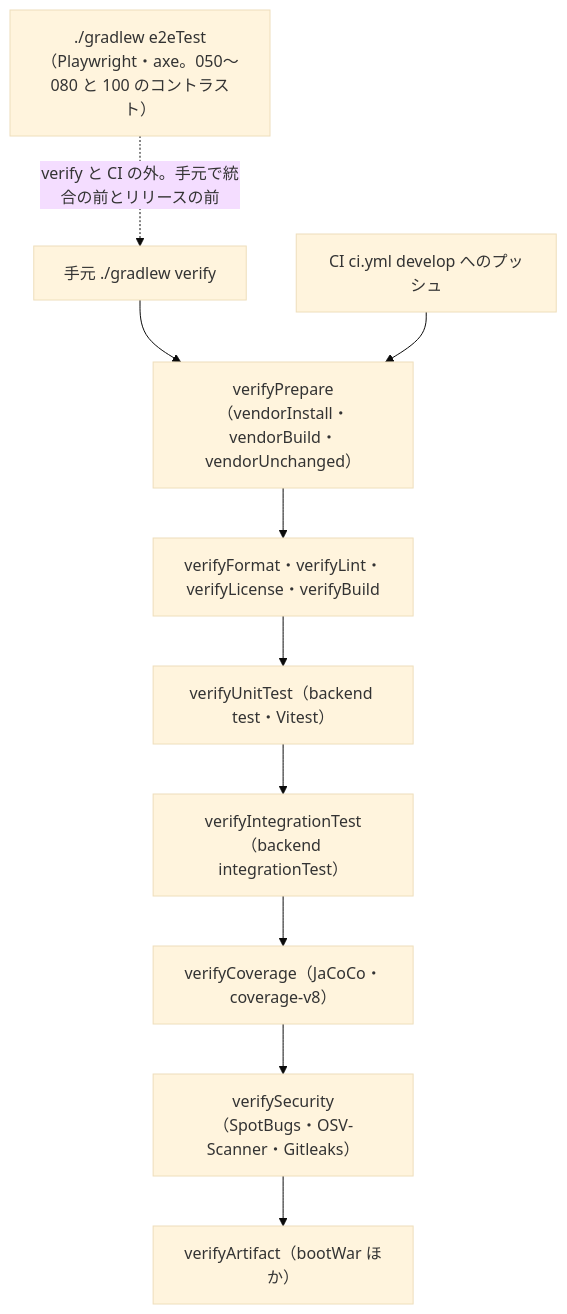
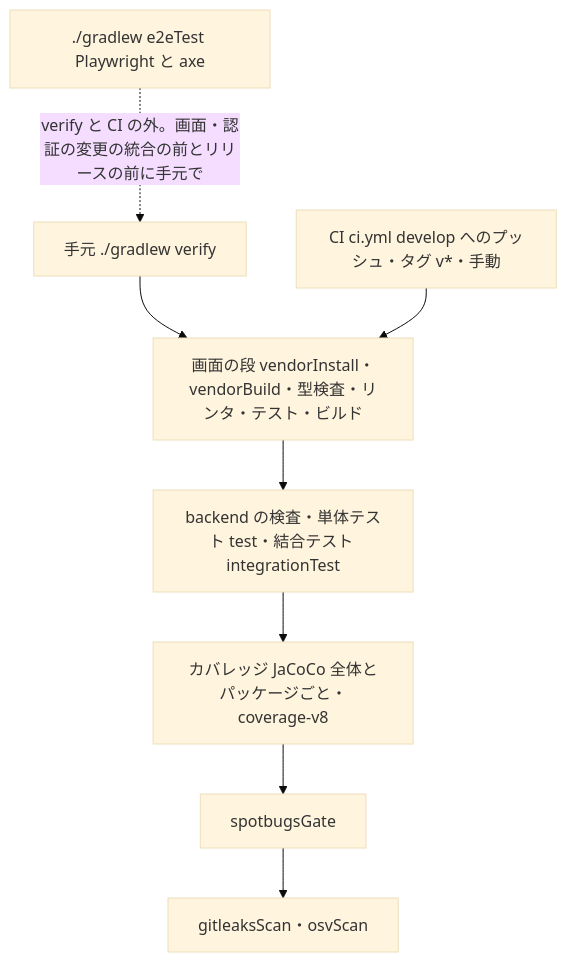
Before and after one commit to agwlvssainokuni/mastersmith2: the fifth of 5 diagrams in aidlc/spaces/default/codekb/mastersmith2/architecture.md, drawn with Mermaid (base theme). The commit also changed other lines of this file and 14 other files, not shown here.

````diff
--- a/aidlc/spaces/default/codekb/mastersmith2/architecture.md
+++ b/aidlc/spaces/default/codekb/mastersmith2/architecture.md
@@ -206,12 +235,10 @@
 ```mermaid
 flowchart TD
-  DEV["手元 ./gradlew verify"] --> PREP["verifyPrepare（vendorInstall・vendorBuild・vendorUnchanged）"]
-  CI["CI ci.yml develop へのプッシュ"] --> PREP
-  PREP --> FMT["verifyFormat・verifyLint・verifyLicense・verifyBuild"]
-  FMT --> UT["verifyUnitTest（backend test・Vitest）"]
-  UT --> IT["verifyIntegrationTest（backend integrationTest）"]
-  IT --> COV["verifyCoverage（JaCoCo・coverage-v8）"]
-  COV --> SEC["verifySecurity（SpotBugs・OSV-Scanner・Gitleaks）"]
-  SEC --> ART["verifyArtifact（bootWar ほか）"]
-  E2E["./gradlew e2eTest（Playwright・axe。050〜080 と 100 のコントラスト）"] -. "verify と CI の外。手元で統合の前とリリースの前" .-> DEV
+  DEV["手元 ./gradlew verify"] --> FE["画面の段 vendorInstall・vendorBuild・型検査・リンタ・テスト・ビルド"]
+  CI["CI ci.yml develop へのプッシュ・タグ v*・手動"] --> FE
+  FE --> BE["backend の検査・単体テスト test・結合テスト integrationTest"]
+  BE --> COV["カバレッジ JaCoCo 全体とパッケージごと・coverage-v8"]
+  COV --> GATE["spotbugsGate"]
+  GATE --> SEC["gitleaksScan・osvScan"]
+  E2E["./gradlew e2eTest Playwright と axe"] -. "verify と CI の外。画面・認証の変更の統合の前とリリースの前に手元で" .-> DEV
 ```
````
